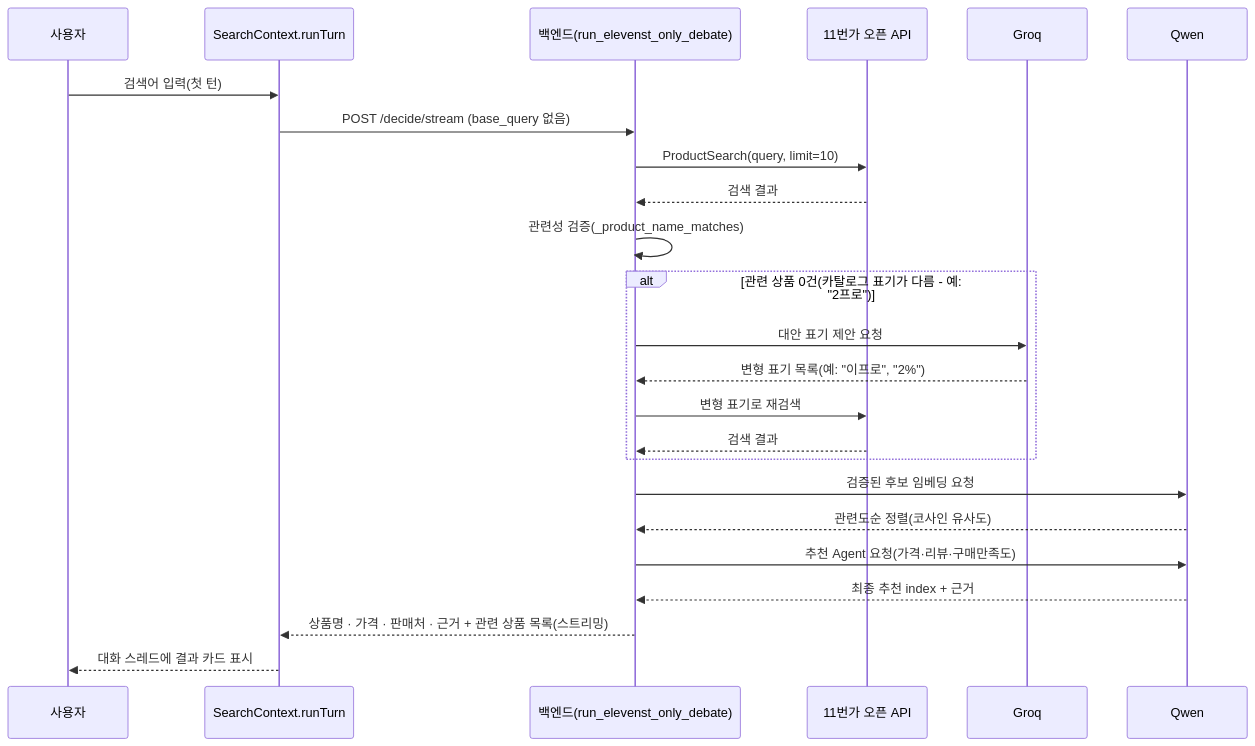
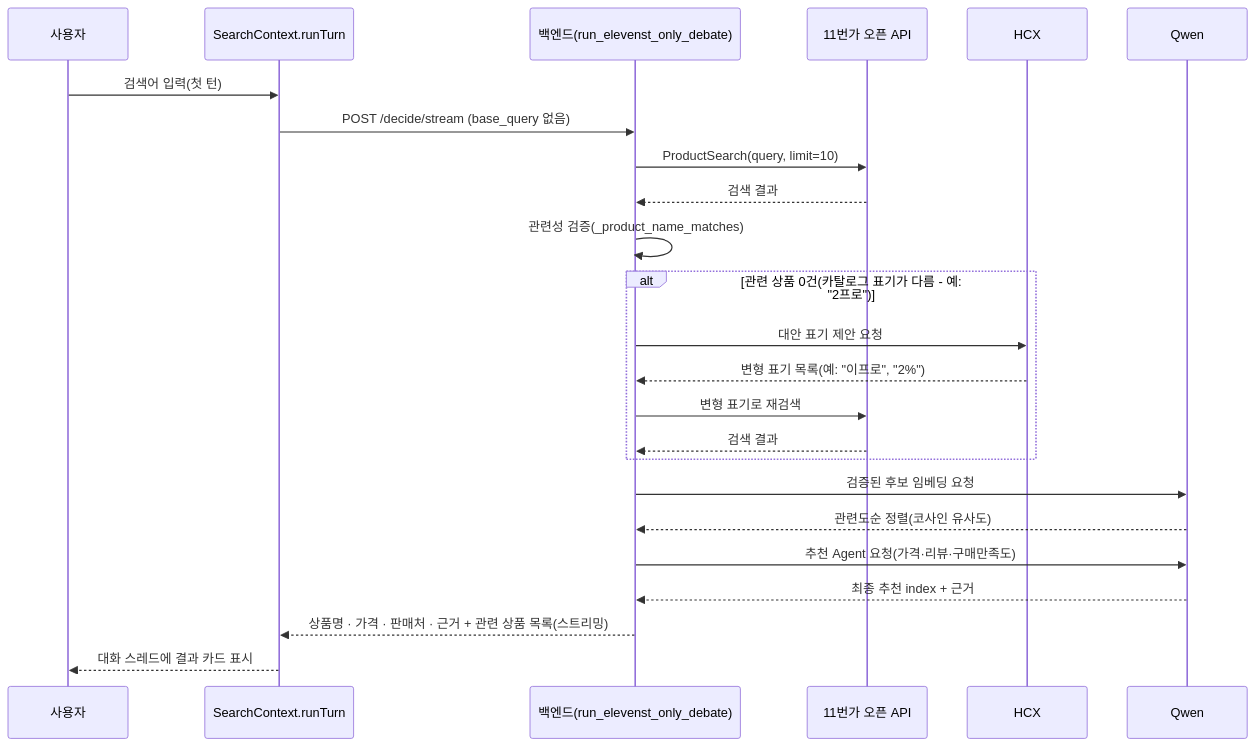
Before and after one commit to Alpha-pick00/Prototype-1-: the second of 3 diagrams in README.md, drawn with Mermaid. The commit also changed other lines of this file, not shown here.

First line of the commit message:
README를 HCX 검색어 표기 변형 폴백 교체에 맞춰 갱신

````diff
--- a/README.md
+++ b/README.md
@@ -284,27 +286,27 @@
 ```mermaid
 sequenceDiagram
     participant U as 사용자
     participant CTX as SearchContext.runTurn
     participant B as 백엔드(run_elevenst_only_debate)
     participant E as 11번가 오픈 API
-    participant G as Groq
+    participant H as HCX
     participant Q as Qwen
 
     U->>CTX: 검색어 입력(첫 턴)
     CTX->>B: POST /decide/stream (base_query 없음)
     B->>E: ProductSearch(query, limit=10)
     E-->>B: 검색 결과
     B->>B: 관련성 검증(_product_name_matches)
     alt 관련 상품 0건(카탈로그 표기가 다름 - 예: "2프로")
-        B->>G: 대안 표기 제안 요청
-        G-->>B: 변형 표기 목록(예: "이프로", "2%")
+        B->>H: 대안 표기 제안 요청
+        H-->>B: 변형 표기 목록(예: "이프로", "2%")
         B->>E: 변형 표기로 재검색
         E-->>B: 검색 결과
     end
     B->>Q: 검증된 후보 임베딩 요청
     Q-->>B: 관련도순 정렬(코사인 유사도)
     B->>Q: 추천 Agent 요청(가격·리뷰·구매만족도)
     Q-->>B: 최종 추천 index + 근거
     B-->>CTX: 상품명 · 가격 · 판매처 · 근거 + 관련 상품 목록(스트리밍)
     CTX-->>U: 대화 스레드에 결과 카드 표시
 ```
````
